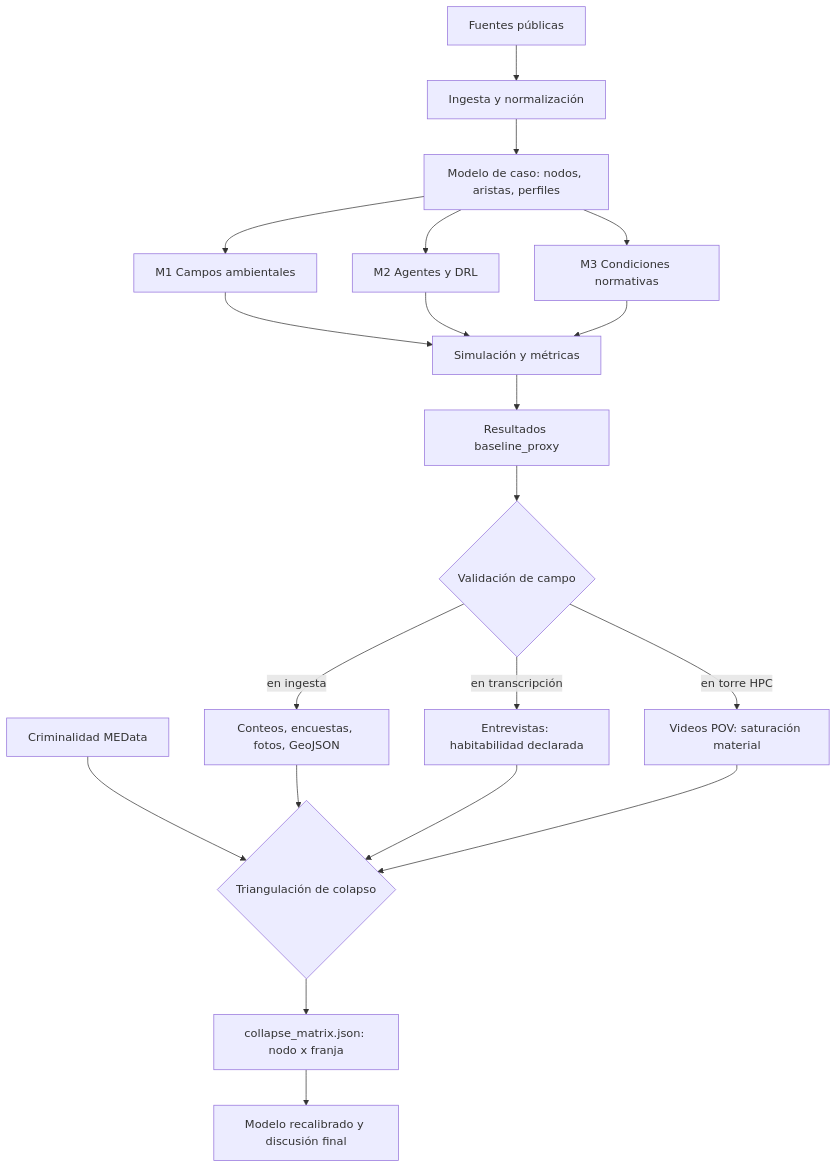
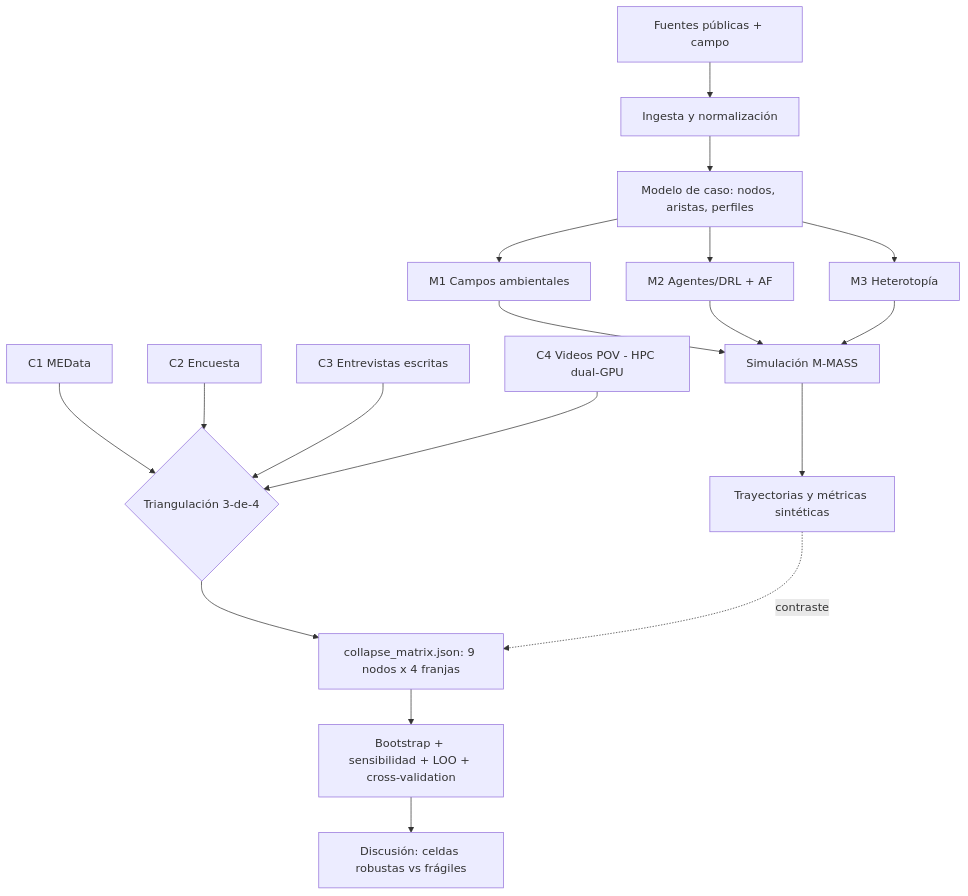
The diagram in tesis/02-metodologia-y-diseno-hpc.md (stevenvo780/FenomenologiaUrbana), drawn with Mermaid before and after one commit. The commit also changed other lines of this file and 12 other files, not shown here.

````diff
--- a/tesis/02-metodologia-y-diseno-hpc.md
+++ b/tesis/02-metodologia-y-diseno-hpc.md
@@ -310,22 +120,20 @@
 ```mermaid
 graph TD
-    A[Fuentes públicas] --> B[Ingesta y normalización]
+    A[Fuentes públicas + campo] --> B[Ingesta y normalización]
     B --> C[Modelo de caso: nodos, aristas, perfiles]
     C --> D[M1 Campos ambientales]
-    C --> E[M2 Agentes y DRL]
-    C --> F[M3 Condiciones normativas]
-    D --> G[Simulación y métricas]
+    C --> E[M2 Agentes/DRL + AF]
+    C --> F[M3 Heterotopía]
+    D --> G[Simulación M-MASS]
     E --> G
     F --> G
-    G --> H[Resultados baseline_proxy]
-    H --> I{Validación de campo}
-    I -->|en ingesta| J[Conteos, encuestas, fotos, GeoJSON]
-    I -->|en transcripción| K[Entrevistas: habitabilidad declarada]
-    I -->|en torre HPC| L[Videos POV: saturación material]
-    M[Criminalidad MEData] --> N{Triangulación de colapso}
-    J --> N
-    K --> N
-    L --> N
-    N --> O[collapse_matrix.json: nodo x franja]
-    O --> P[Modelo recalibrado y discusión final]
+    G --> H[Trayectorias y métricas sintéticas]
+    M[C1 MEData] --> N{Triangulación 3-de-4}
+    J[C2 Encuesta] --> N
+    K[C3 Entrevistas escritas] --> N
+    L[C4 Videos POV - HPC dual-GPU] --> N
+    N --> O[collapse_matrix.json: 9 nodos x 4 franjas]
+    H -.contraste.-> O
+    O --> P[Bootstrap + sensibilidad + LOO + cross-validation]
+    P --> Q[Discusión: celdas robustas vs frágiles]
 ```
````
